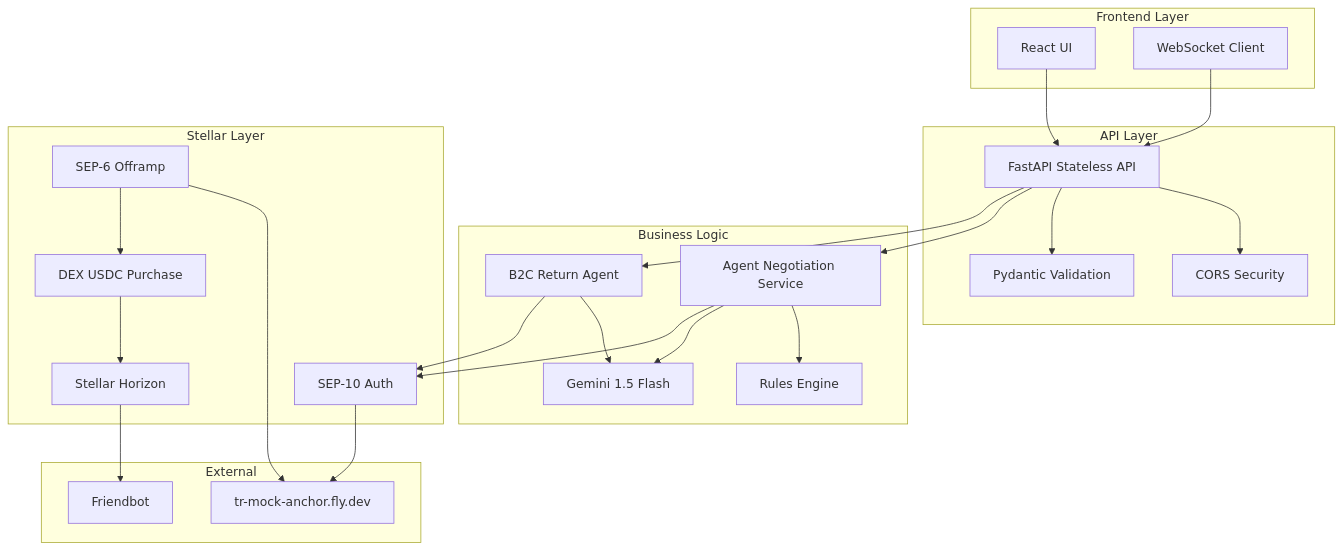
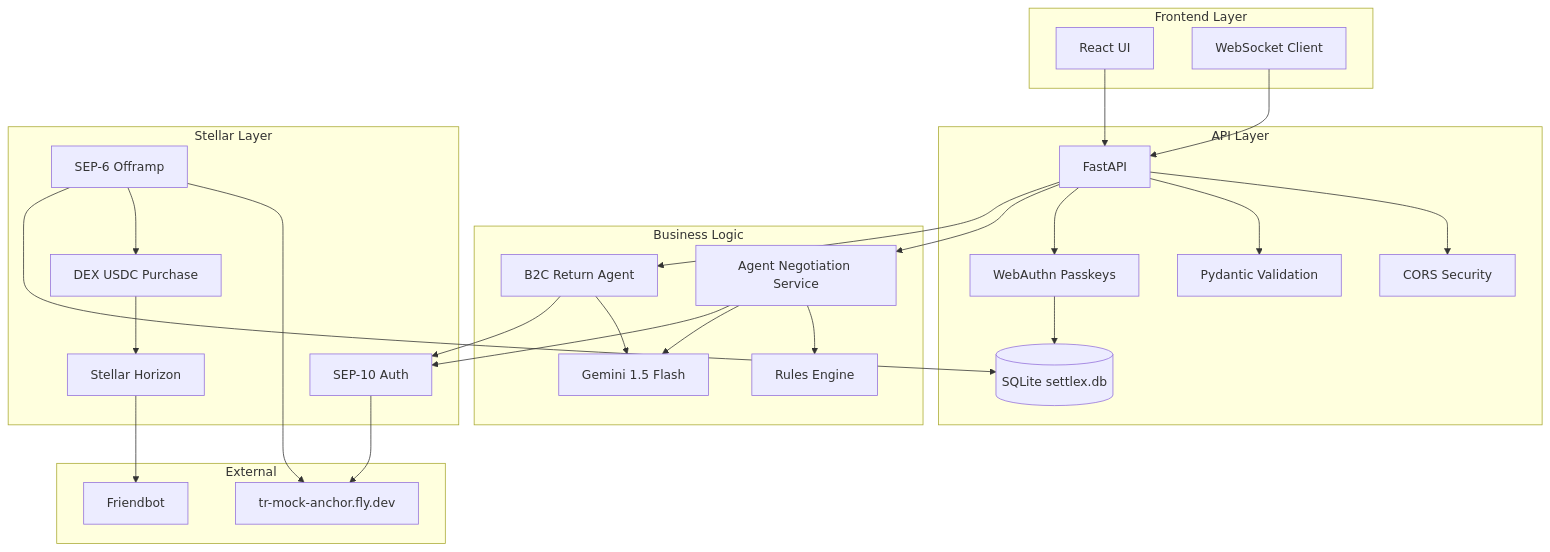
One commit to musa-ok/settlex-stellar-hackathon changed the first of 3 diagrams in README.md. Above: the diagram before and after it, drawn with Mermaid. The commit also changed other lines of this file and 21 other files, not shown here.

Commit message:
feat: integrate SQLite, Passkeys auth, and Stellar Expert UI links

````diff
--- a/README.md
+++ b/README.md
@@ -79,49 +90,54 @@
 ```mermaid
 graph TB
     subgraph "Frontend Layer"
         UI[React UI]
         WS[WebSocket Client]
     end
     
     subgraph "API Layer"
-        API[FastAPI Stateless API]
+        API[FastAPI]
         CORS[CORS Security]
         Validator[Pydantic Validation]
+        Passkeys[WebAuthn Passkeys]
+        DB[(SQLite settlex.db)]
     end
     
     subgraph "Business Logic"
         Negotiation[Agent Negotiation Service]
         ReturnAgent[B2C Return Agent]
         Rules[Rules Engine]
         LLM[Gemini 1.5 Flash]
     end
     
     subgraph "Stellar Layer"
         SEP10[SEP-10 Auth]
         SEP6[SEP-6 Offramp]
         DEX[DEX USDC Purchase]
         Horizon[Stellar Horizon]
     end
     
     subgraph "External"
         MockAnchor[tr-mock-anchor.fly.dev]
         Friendbot[Friendbot]
     end
     
     UI --> API
     WS --> API
     API --> CORS
     API --> Validator
+    API --> Passkeys
+    Passkeys --> DB
     API --> Negotiation
     API --> ReturnAgent
     Negotiation --> Rules
     Negotiation --> LLM
     ReturnAgent --> LLM
     Negotiation --> SEP10
     ReturnAgent --> SEP10
     SEP10 --> MockAnchor
     SEP6 --> MockAnchor
     DEX --> Horizon
     Horizon --> Friendbot
     SEP6 --> DEX
+    SEP6 --> DB
 ```
````
